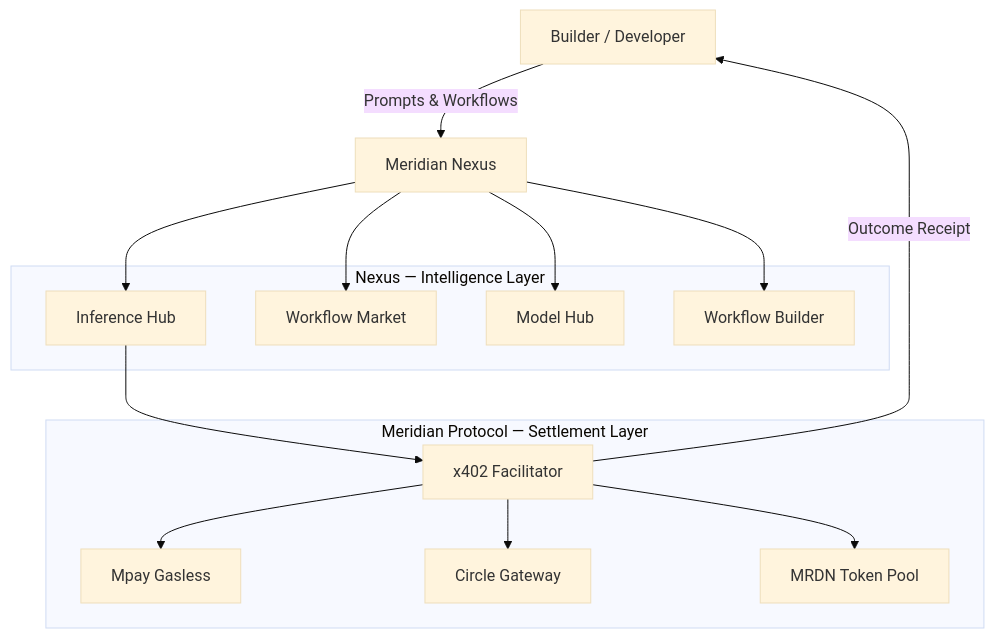
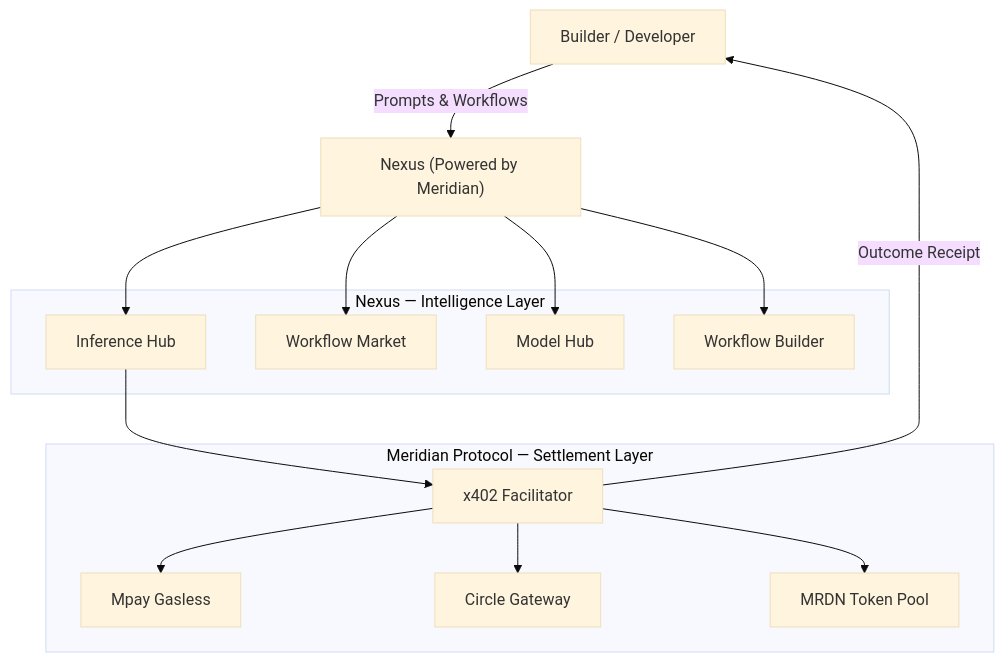
One commit to johnparente97/M.NexusPhase1 changed the diagram in README.md. Above: the diagram before and after it, drawn with Mermaid (base theme). The commit also changed 18 other files, not shown here.

Commit message:
chore: rebrand Meridian Nexus to Nexus (Powered by Meridian) across application codebase and documentation

````diff
--- a/README.md
+++ b/README.md
@@ -29,28 +29,28 @@
 ```mermaid
 graph TD
-    User["Builder / Developer"] -->|Prompts & Workflows| NexusUI["Meridian Nexus"]
+    User["Builder / Developer"] -->|Prompts & Workflows| NexusUI["Nexus (Powered by Meridian)"]
 
     subgraph NexusLayer["Nexus — Intelligence Layer"]
         InfHub["Inference Hub"]
         WFMarket["Workflow Market"]
         ModelHub["Model Hub"]
         Studio["Workflow Builder"]
     end
 
     subgraph ProtocolLayer["Meridian Protocol — Settlement Layer"]
         x402["x402 Facilitator"]
         Mpay["Mpay Gasless"]
         Gateway["Circle Gateway"]
         Token["MRDN Token Pool"]
     end
 
     NexusUI --> InfHub
     NexusUI --> WFMarket
     NexusUI --> ModelHub
     NexusUI --> Studio
     InfHub --> x402
     x402 --> Mpay
     x402 --> Gateway
     x402 --> Token
     x402 -->|Outcome Receipt| User
 ```
````
